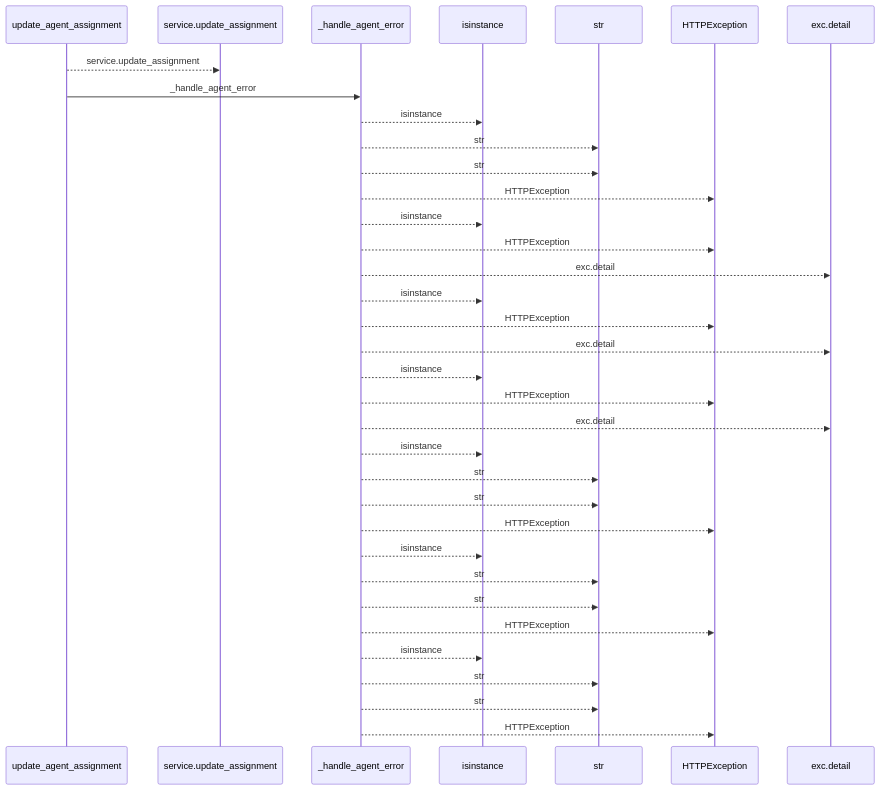
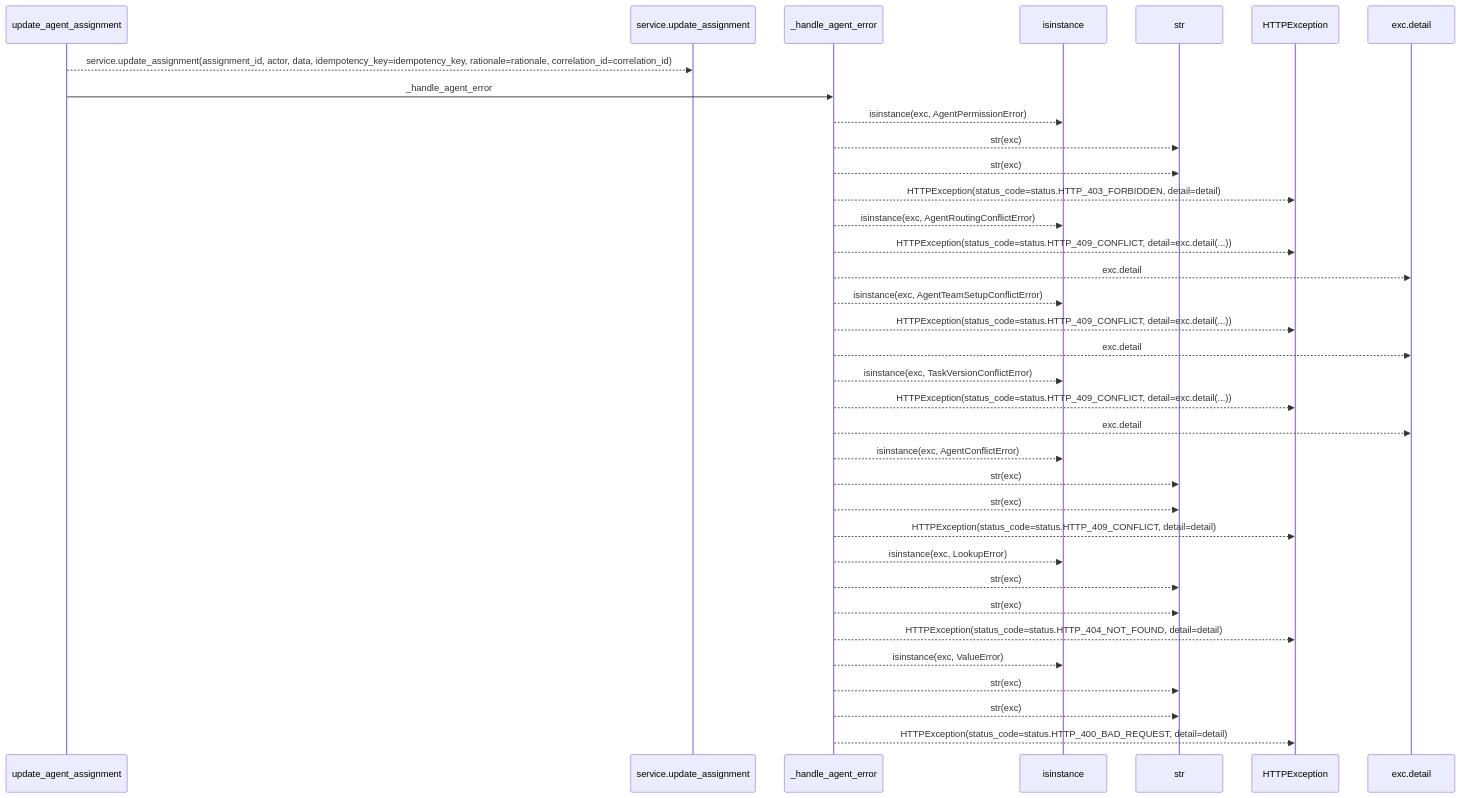
One commit to Denissvgn/WorkChord changed the first of 2 diagrams in docs/llm_wiki/flows/http-update_agent_assignment.md. Above: the diagram before and after it, drawn with Mermaid. The commit also changed other lines of this file and 25171 other files, not shown here.

````diff
--- a/docs/llm_wiki/flows/http-update_agent_assignment.md
+++ b/docs/llm_wiki/flows/http-update_agent_assignment.md
@@ -10,37 +12,37 @@
 ```mermaid
 sequenceDiagram
     participant p0 as update_agent_assignment
     participant p1 as service.update_assignment
     participant p2 as _handle_agent_error
     participant p3 as isinstance
     participant p4 as str
     participant p5 as HTTPException
     participant p6 as exc.detail
-    p0-->>p1: service.update_assignment
+    p0-->>p1: service.update_assignment(assignment_id, actor, data, idempotency_key=idempotency_key, rationale=rationale, correlation_id=correlation_id)
     p0->>p2: _handle_agent_error
-    p2-->>p3: isinstance
-    p2-->>p4: str
-    p2-->>p4: str
-    p2-->>p5: HTTPException
-    p2-->>p3: isinstance
-    p2-->>p5: HTTPException
+    p2-->>p3: isinstance(exc, AgentPermissionError)
+    p2-->>p4: str(exc)
+    p2-->>p4: str(exc)
+    p2-->>p5: HTTPException(status_code=status.HTTP_403_FORBIDDEN, detail=detail)
+    p2-->>p3: isinstance(exc, AgentRoutingConflictError)
+    p2-->>p5: HTTPException(status_code=status.HTTP_409_CONFLICT, detail=exc.detail(...))
     p2-->>p6: exc.detail
-    p2-->>p3: isinstance
-    p2-->>p5: HTTPException
+    p2-->>p3: isinstance(exc, AgentTeamSetupConflictError)
+    p2-->>p5: HTTPException(status_code=status.HTTP_409_CONFLICT, detail=exc.detail(...))
     p2-->>p6: exc.detail
-    p2-->>p3: isinstance
-    p2-->>p5: HTTPException
+    p2-->>p3: isinstance(exc, TaskVersionConflictError)
+    p2-->>p5: HTTPException(status_code=status.HTTP_409_CONFLICT, detail=exc.detail(...))
     p2-->>p6: exc.detail
-    p2-->>p3: isinstance
-    p2-->>p4: str
-    p2-->>p4: str
-    p2-->>p5: HTTPException
-    p2-->>p3: isinstance
-    p2-->>p4: str
-    p2-->>p4: str
-    p2-->>p5: HTTPException
-    p2-->>p3: isinstance
-    p2-->>p4: str
-    p2-->>p4: str
-    p2-->>p5: HTTPException
+    p2-->>p3: isinstance(exc, AgentConflictError)
+    p2-->>p4: str(exc)
+    p2-->>p4: str(exc)
+    p2-->>p5: HTTPException(status_code=status.HTTP_409_CONFLICT, detail=detail)
+    p2-->>p3: isinstance(exc, LookupError)
+    p2-->>p4: str(exc)
+    p2-->>p4: str(exc)
+    p2-->>p5: HTTPException(status_code=status.HTTP_404_NOT_FOUND, detail=detail)
+    p2-->>p3: isinstance(exc, ValueError)
+    p2-->>p4: str(exc)
+    p2-->>p4: str(exc)
+    p2-->>p5: HTTPException(status_code=status.HTTP_400_BAD_REQUEST, detail=detail)
 ```
````
